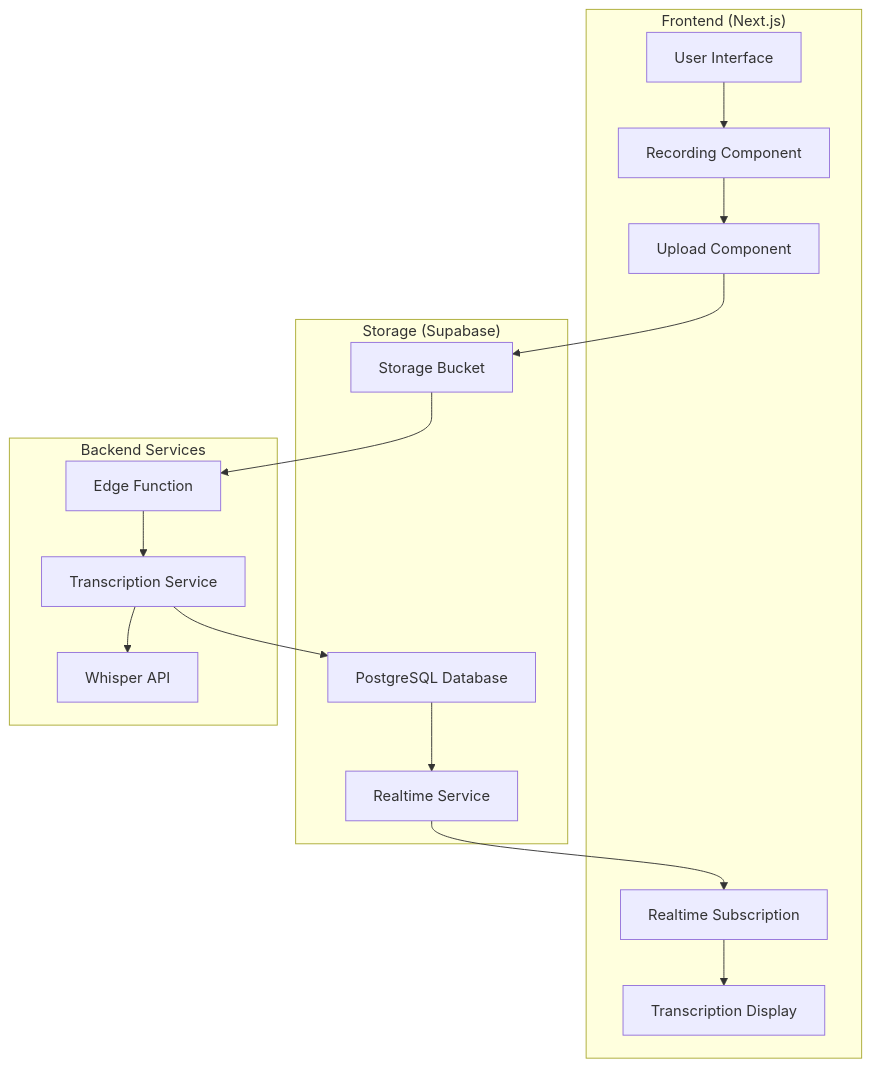
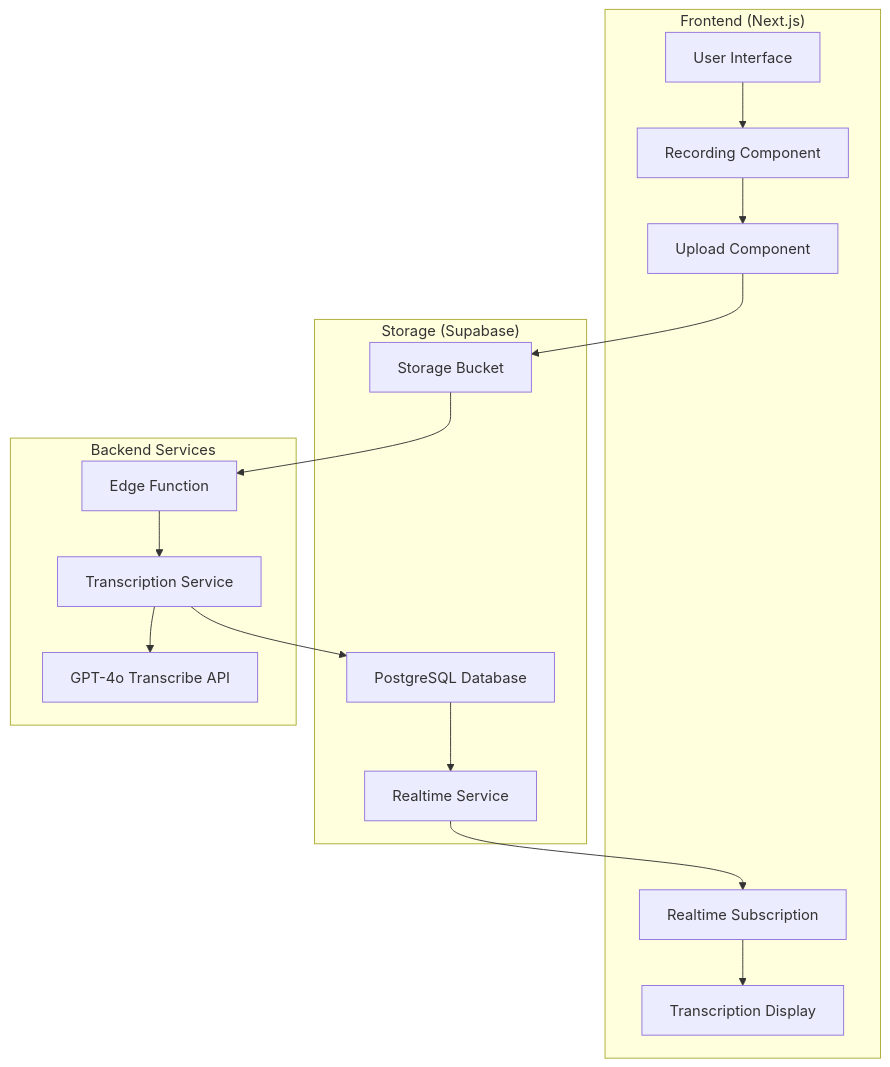
Before and after one commit to pidub-step/psynotes: the first of 2 diagrams in memory-bank/systemPatterns.md, drawn with Mermaid. The commit also changed other lines of this file and 6 other files, not shown here.

Commit message:
Update memory bank files to reference GPT-4o Transcribe models instead of Whisper API

````diff
--- a/memory-bank/systemPatterns.md
+++ b/memory-bank/systemPatterns.md
@@ -7,33 +7,33 @@
 ```mermaid
 graph TD
     subgraph "Frontend (Next.js)"
         UI[User Interface]
         RC[Recording Component]
         UC[Upload Component]
         TD[Transcription Display]
         RS[Realtime Subscription]
     end
     
     subgraph "Storage (Supabase)"
         SB[Storage Bucket]
         PG[PostgreSQL Database]
         RT[Realtime Service]
     end
     
     subgraph "Backend Services"
         EF[Edge Function]
         TS[Transcription Service]
-        WA[Whisper API]
+        WA[GPT-4o Transcribe API]
     end
     
     UI --> RC
     RC --> UC
     UC --> SB
     SB --> EF
     EF --> TS
     TS --> WA
     TS --> PG
     PG --> RT
     RT --> RS
     RS --> TD
 ```
````
